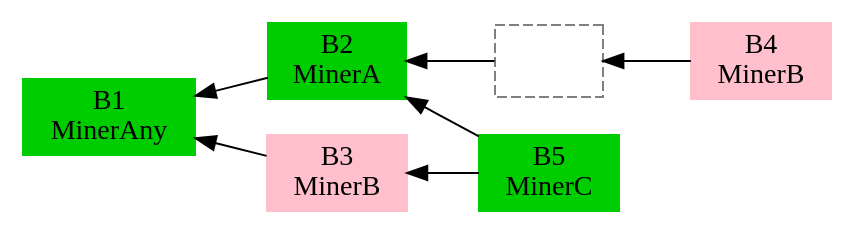
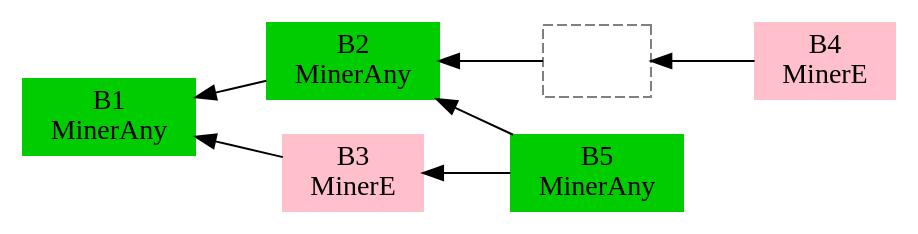
Before and after one commit to filecoin-project/specs: the diagram in src/algorithms/expected_consensus/diagrams/parent_grinding.dot, drawn with Graphviz. The commit also changed 6 other files, not shown here.

```diff
--- a/src/algorithms/expected_consensus/diagrams/parent_grinding.dot
+++ b/src/algorithms/expected_consensus/diagrams/parent_grinding.dot
@@ -1,16 +1,16 @@
 digraph G {
   rankdir=RL;
   node [shape=box, style="filled", color="green3"]
 
   B1 [label="B1\nMinerAny"]
-  B2 [label="B2\nMinerA"]
-  B3 [label="B3\nMinerB",   color=pink]
-  B4 [label="B4\nMinerB",   color=pink]
-  B5 [label="B5\nMinerC"]
+  B2 [label="B2\nMinerAny"]
+  B3 [label="B3\nMinerE",   color=pink]
+  B4 [label="B4\nMinerE",   color=pink]
+  B5 [label="B5\nMinerAny"]
   B4Null [label="", color=gray, style=dashed]
 
   B4 -> B4Null -> B2 -> B1
   B3 -> B1
   B5 -> B3
   B5 -> B2
 }
```
